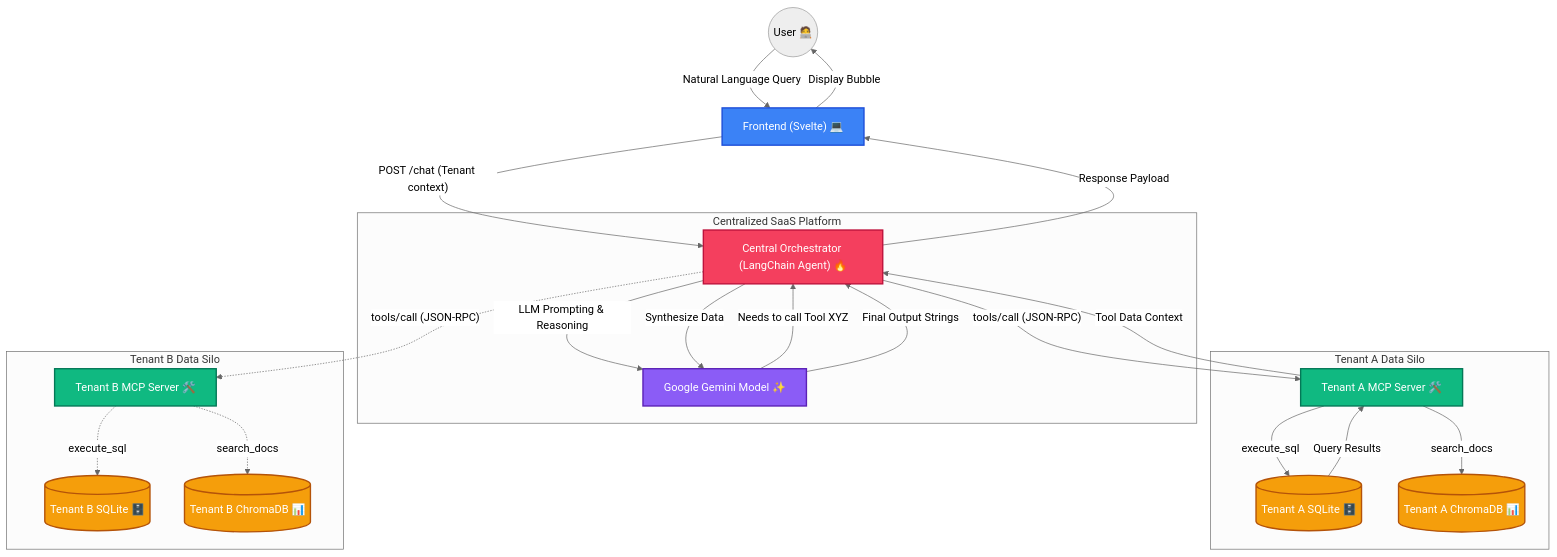
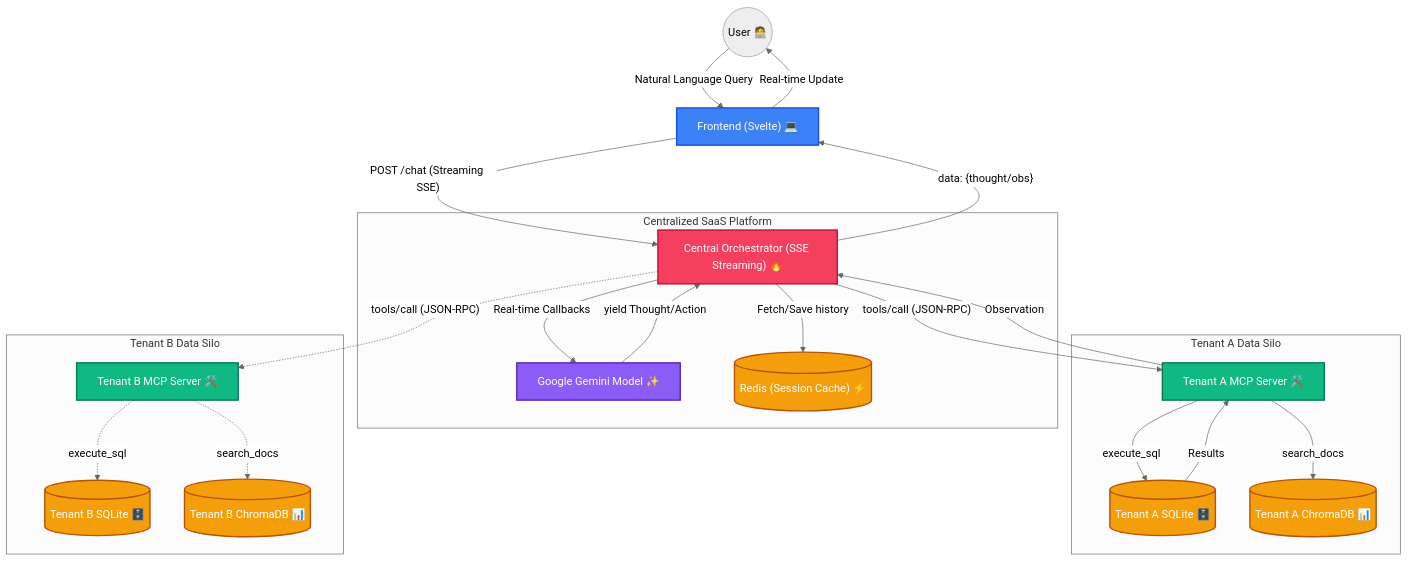
One commit to chandanshegde/langchain-rag-chatbot changed the diagram in architecture.mmd. Above: the diagram before and after it, drawn with Mermaid (neutral theme). The commit also changed 16 other files, not shown here.

```diff
--- a/architecture.mmd
+++ b/architecture.mmd
@@ -1,55 +1,55 @@
 graph TD
     %% Define Styles
     classDef frontend fill:#3b82f6,stroke:#1d4ed8,stroke-width:2px,color:#fff
     classDef orchestrator fill:#f43f5e,stroke:#be123c,stroke-width:2px,color:#fff
     classDef backend fill:#10b981,stroke:#047857,stroke-width:2px,color:#fff
     classDef db fill:#f59e0b,stroke:#b45309,stroke-width:2px,color:#fff
     classDef llm fill:#8b5cf6,stroke:#5b21b6,stroke-width:2px,color:#fff
 
     %% Nodes
     User(("User 🧑‍💻"))
     UI["Frontend (Svelte) 💻"]:::frontend
-    
+
     subgraph "Centralized SaaS Platform"
-        Orchestrator["Central Orchestrator (LangChain Agent) 🔥"]:::orchestrator
+        Orchestrator["Central Orchestrator (SSE Streaming) 🔥"]:::orchestrator
         Gemini["Google Gemini Model ✨"]:::llm
+        Redis[("Redis (Session Cache) ⚡")]:::db
     end
 
     subgraph "Tenant A Data Silo"
         MCP_A["Tenant A MCP Server 🛠️"]:::backend
         DB_A[("Tenant A SQLite 🗄️")]:::db
         Chroma_A[("Tenant A ChromaDB 📊")]:::db
     end
 
     subgraph "Tenant B Data Silo"
         MCP_B["Tenant B MCP Server 🛠️"]:::backend
         DB_B[("Tenant B SQLite 🗄️")]:::db
         Chroma_B[("Tenant B ChromaDB 📊")]:::db
     end
 
     %% Connections
     User -- "Natural Language Query" --> UI
-    UI -- "POST /chat (Tenant context)" --> Orchestrator
-    
-    Orchestrator -- "LLM Prompting & Reasoning" --> Gemini
-    Gemini -- "Needs to call Tool XYZ" --> Orchestrator
-    
-    %% Multi-Tenant Routing
+    UI -- "POST /chat (Streaming SSE)" --> Orchestrator
+
+    Orchestrator -- "Fetch/Save history" --> Redis
+    Orchestrator -- "Real-time Callbacks" --> Gemini
+    Gemini -- "yield Thought/Action" --> Orchestrator
+
+    %% Multi-Tenant Routing (Addendum)
     Orchestrator -- "tools/call (JSON-RPC)" --> MCP_A
     Orchestrator -. "tools/call (JSON-RPC)" .-> MCP_B
-    
+
     %% Tenant A Tools
     MCP_A -- "execute_sql" --> DB_A
     MCP_A -- "search_docs" --> Chroma_A
-    
+
     %% Tenant B Tools
     MCP_B -. "execute_sql" .-> DB_B
     MCP_B -. "search_docs" .-> Chroma_B
-    
-    %% Return Path
-    DB_A -- "Query Results" --> MCP_A
-    MCP_A -- "Tool Data Context" --> Orchestrator
-    Orchestrator -- "Synthesize Data" --> Gemini
-    Gemini -- "Final Output Strings" --> Orchestrator
-    Orchestrator -- "Response Payload" --> UI
-    UI -- "Display Bubble" --> User
+
+    %% Streaming Return Path
+    DB_A -- "Results" --> MCP_A
+    MCP_A -- "Observation" --> Orchestrator
+    Orchestrator -- "data: {thought/obs}" --> UI
+    UI -- "Real-time Update" --> User
```
